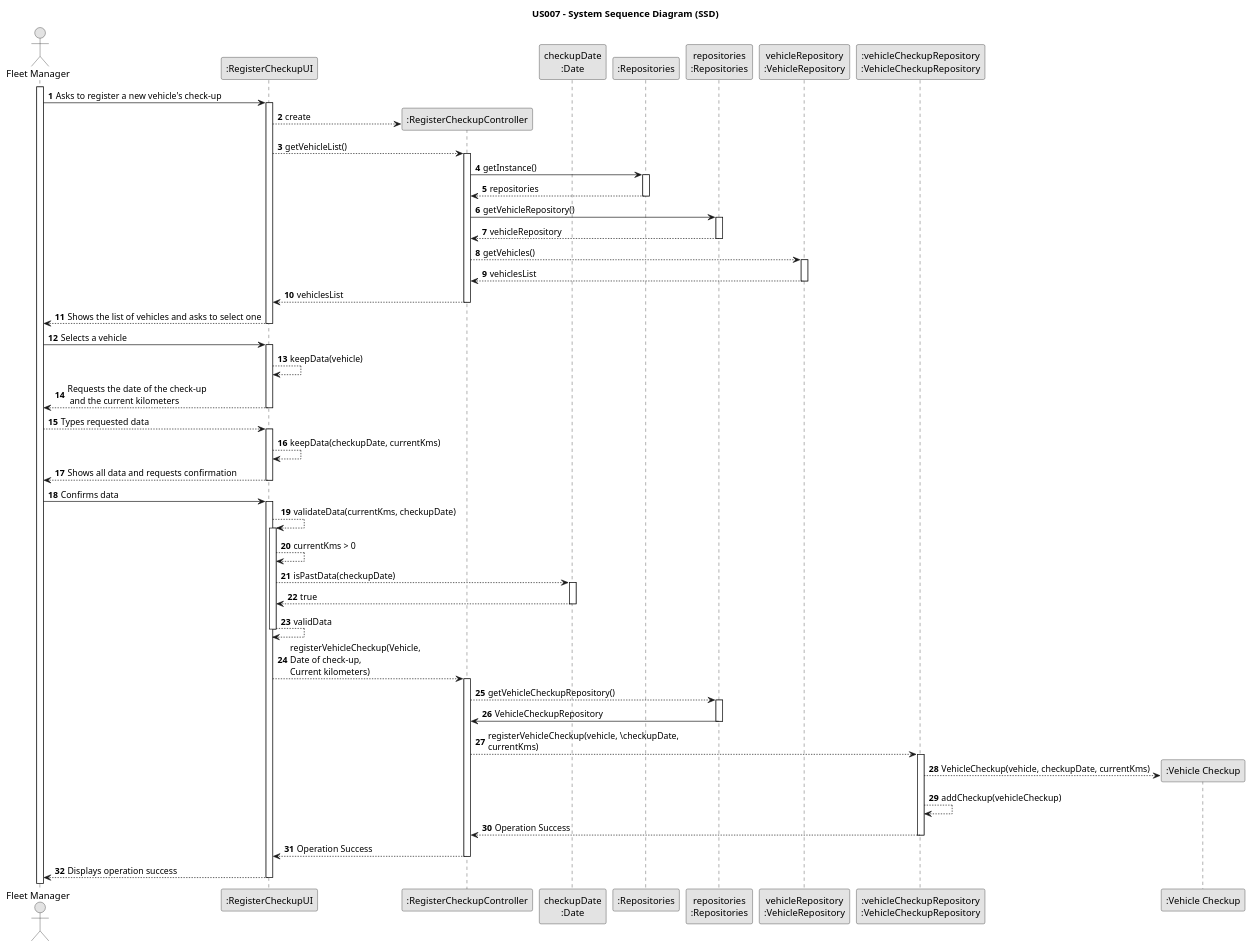
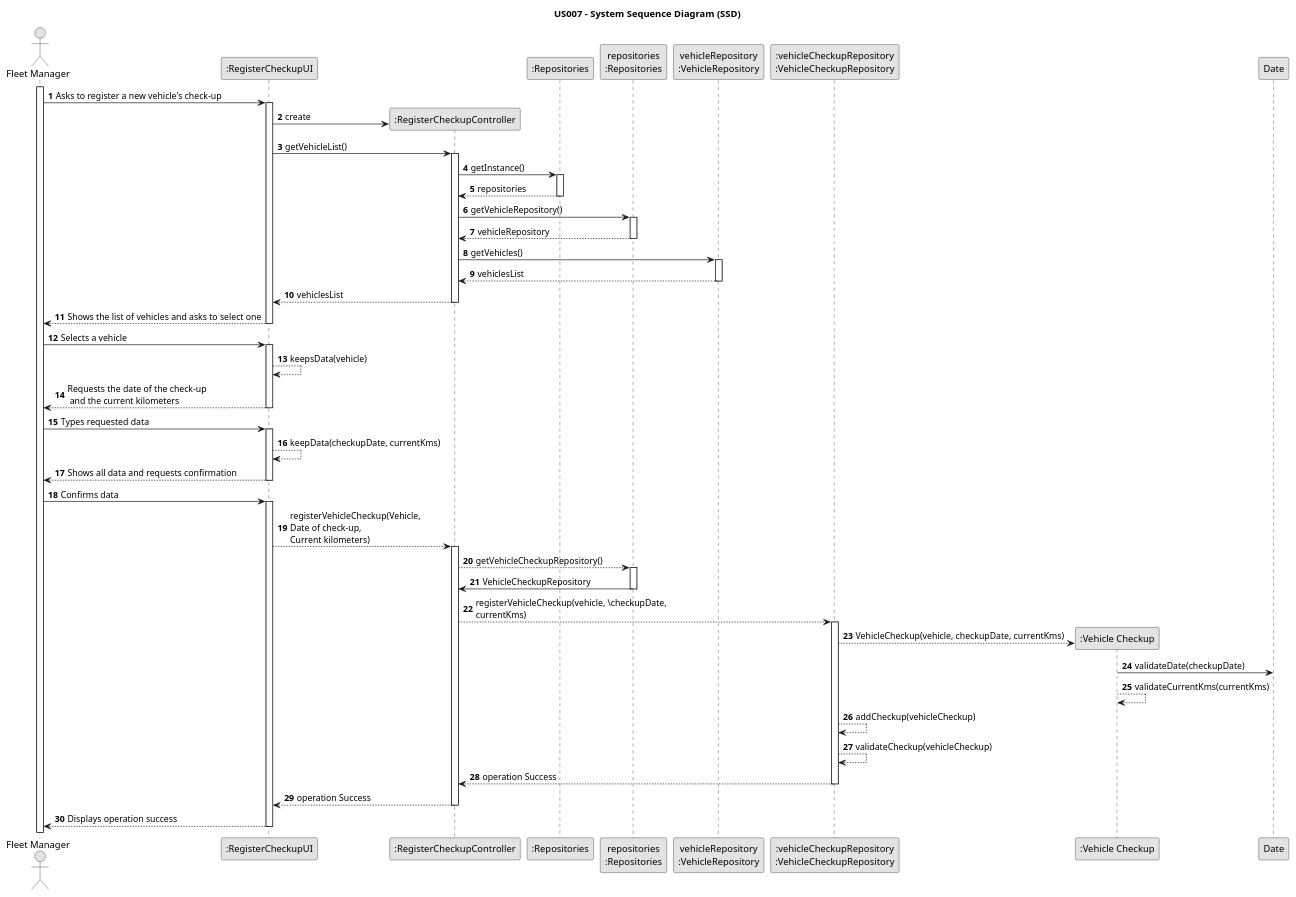
One commit to Rui-San/LAPR2_2023_2024 changed the diagram in docs/sprintB/us007/03.design/puml/us007-sequence-diagram-full.puml. Above: the diagram before and after it, drawn with PlantUML.

Commit message:
US007: fixed Sequence Diagram

```diff
--- a/docs/sprintB/us007/03.design/puml/us007-sequence-diagram-full.puml
+++ b/docs/sprintB/us007/03.design/puml/us007-sequence-diagram-full.puml
@@ -1,107 +1,98 @@
 @startuml
 skinparam monochrome true
 skinparam packageStyle rectangle
 skinparam shadowing false
 
 title US007 - System Sequence Diagram (SSD)
 
 autonumber
 
 actor "Fleet Manager" as Employee
 participant ":RegisterCheckupUI" as UI
 participant ":RegisterCheckupController" as RCCtrl
-participant "checkupDate\n:Date" as Date
 'participant "taskCategoryRepository:\nTaskCategoryRepository" as TaskCategoryRepository
 'participant ":ApplicationSession" as _APP
 'participant "appSession\n:ApplicationSession" as APP
 'participant "currentSession\n:UserSession" as SESSAO
 'participant "vehicleRepository:\nVehicleRepository" as VehicleRepository
 participant ":Repositories" as RepositorySingleton
 participant "repositories\n:Repositories" as PLAT
 participant "vehicleRepository\n:VehicleRepository" as VehicleRepository
 participant ":vehicleCheckupRepository\n:VehicleCheckupRepository" as VCRepo
 'participant "organizationRepository:\nOrganizationRepository" as OrganizationRepository
 participant ":Vehicle Checkup" as VCheckup
+participant "Date" as Date
 
 activate Employee
 
     Employee -> UI : Asks to register a new vehicle's check-up
     activate UI
 
-        UI --> RCCtrl** : create
-        UI --> RCCtrl : getVehicleList()
+        UI -> RCCtrl** : create
+        UI -> RCCtrl : getVehicleList()
         activate RCCtrl
 
             RCCtrl -> RepositorySingleton : getInstance()
             activate RepositorySingleton
 
                 RepositorySingleton --> RCCtrl : repositories
             deactivate RepositorySingleton
             RCCtrl -> PLAT : getVehicleRepository()
             activate PLAT
 
                 PLAT --> RCCtrl : vehicleRepository
             deactivate PLAT
-            RCCtrl --> VehicleRepository : getVehicles()
+            RCCtrl -> VehicleRepository : getVehicles()
             activate VehicleRepository
 
                 VehicleRepository --> RCCtrl : vehiclesList
             deactivate VehicleRepository
             RCCtrl --> UI : vehiclesList
         deactivate RCCtrl
 
         UI --> Employee : Shows the list of vehicles and asks to select one
     deactivate UI
 
     Employee -> UI : Selects a vehicle
     activate UI
 
-        UI --> UI : keepData(vehicle)
+        UI --> UI : keepsData(vehicle)
         UI --> Employee : Requests the date of the check-up\n and the current kilometers
     deactivate UI
 
-    Employee --> UI : Types requested data
+    Employee -> UI : Types requested data
     activate UI
 
         UI --> UI : keepData(checkupDate, currentKms)
         UI --> Employee : Shows all data and requests confirmation
     deactivate UI
 
     Employee -> UI : Confirms data
     activate UI
-
-        UI --> UI : validateData(currentKms, checkupDate)
-        activate UI
-
-            UI --> UI : currentKms > 0
-            UI --> Date : isPastData(checkupDate)
-            activate Date
-
-                Date --> UI : true
-            deactivate Date
-            UI --> UI : validData
-        deactivate UI
 
         UI --> RCCtrl : registerVehicleCheckup(Vehicle, \nDate of check-up, \nCurrent kilometers)
         activate RCCtrl
 
             RCCtrl --> PLAT : getVehicleCheckupRepository()
             activate PLAT
 
                 PLAT -> RCCtrl : VehicleCheckupRepository
             deactivate PLAT
             RCCtrl --> VCRepo : registerVehicleCheckup(vehicle, \checkupDate, \ncurrentKms)
             activate VCRepo
 
                 VCRepo --> VCheckup** : VehicleCheckup(vehicle, checkupDate, currentKms)
+                VCheckup -> Date : validateDate(checkupDate)
+                VCheckup --> VCheckup : validateCurrentKms(currentKms)
                 VCRepo --> VCRepo : addCheckup(vehicleCheckup)
-                VCRepo --> RCCtrl : Operation Success
+                VCRepo --> VCRepo : validateCheckup(vehicleCheckup)
+                VCRepo --> RCCtrl : operation Success
             deactivate VCRepo
 
-            RCCtrl --> UI : Operation Success
+            RCCtrl --> UI : operation Success
         deactivate RCCtrl
 
         UI --> Employee : Displays operation success
     deactivate UI
 
 @enduml
```
